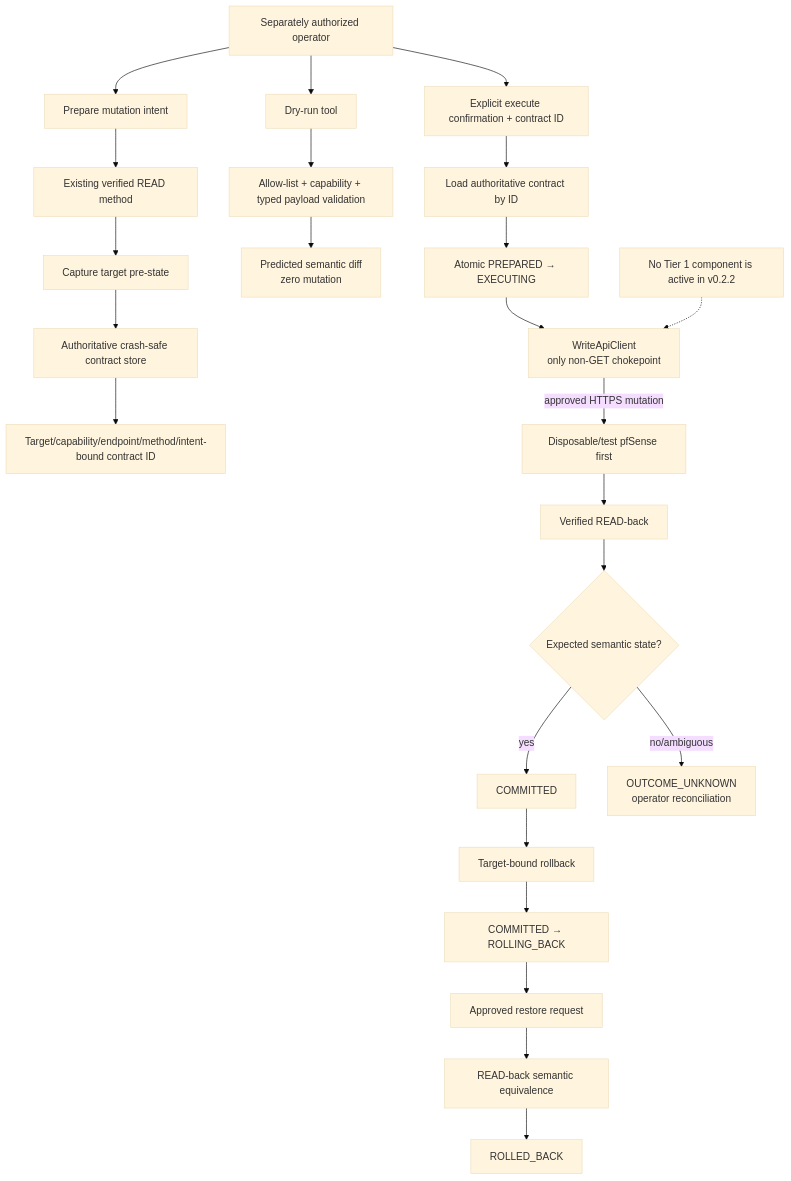
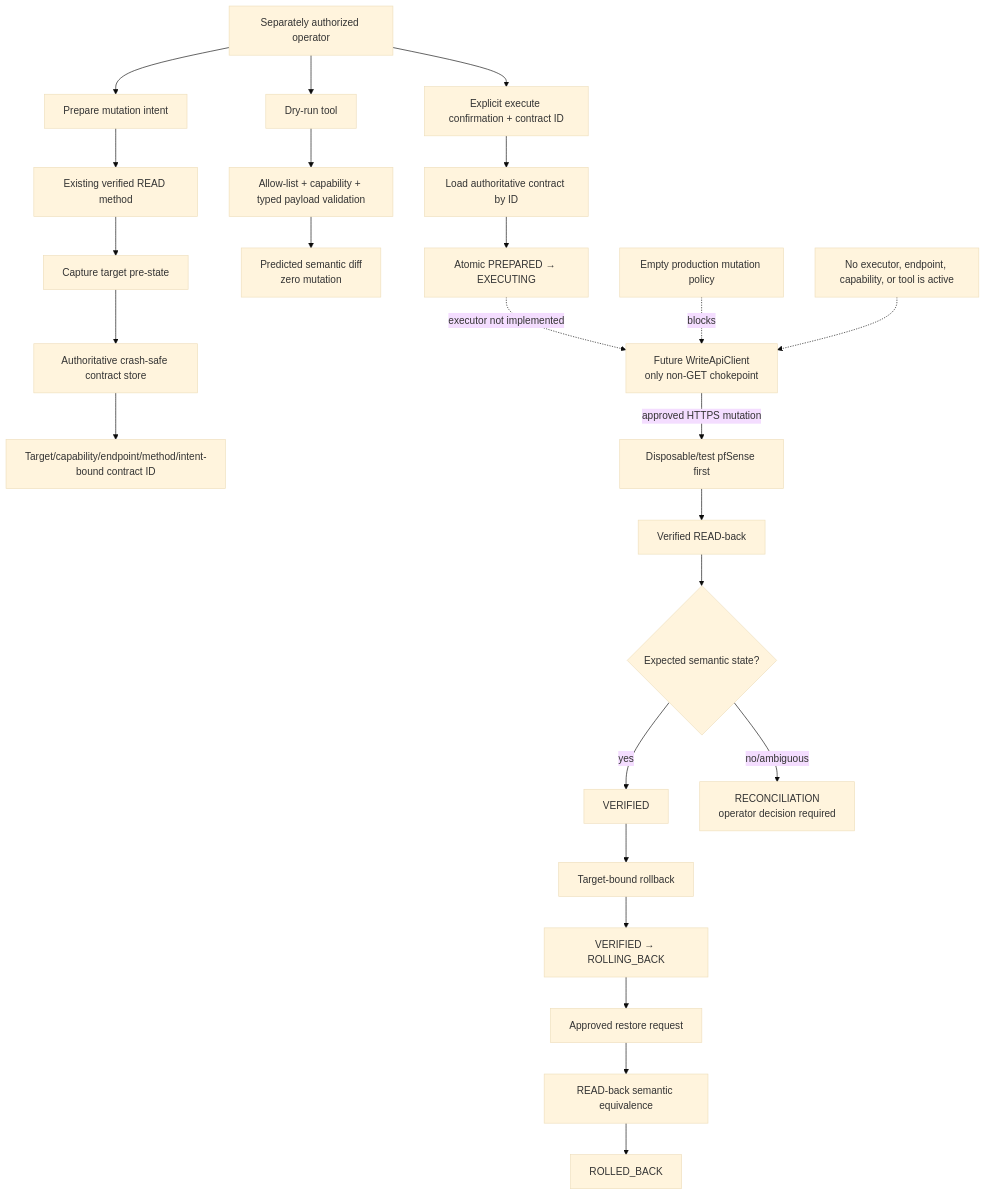
One commit to night4me/pfsense-mcp-server changed the eighth of 8 diagrams in docs/ARCHITECTURE_DIAGRAMS.md. Above: the diagram before and after it, drawn with Mermaid (base theme). The commit also changed other lines of this file and 13 other files, not shown here.

Commit message:
docs(tier1): establish v0.3.0 safety architecture

````diff
--- a/docs/ARCHITECTURE_DIAGRAMS.md
+++ b/docs/ARCHITECTURE_DIAGRAMS.md
@@ -169,30 +170,31 @@
 ```mermaid
 flowchart TD
     Caller[Separately authorized operator] --> Prepare[Prepare mutation intent]
     Prepare --> Read[Existing verified READ method]
     Read --> Snapshot[Capture target pre-state]
     Snapshot --> Store[Authoritative crash-safe contract store]
     Store --> Contract[Target/capability/endpoint/method/intent-bound contract ID]
 
     Caller --> DryRun[Dry-run tool]
     DryRun --> Validate[Allow-list + capability + typed payload validation]
     Validate --> Diff[Predicted semantic diff\nzero mutation]
 
     Caller --> Confirm[Explicit execute confirmation + contract ID]
     Confirm --> Load[Load authoritative contract by ID]
     Load --> CAS[Atomic PREPARED → EXECUTING]
-    CAS --> Write[WriteApiClient\nonly non-GET chokepoint]
+    CAS -. executor not implemented .-> Write[Future WriteApiClient\nonly non-GET chokepoint]
     Write -->|approved HTTPS mutation| PfSense[Disposable/test pfSense first]
     PfSense --> ReadBack[Verified READ-back]
     ReadBack --> Commit{Expected semantic state?}
-    Commit -->|yes| Committed[COMMITTED]
-    Commit -->|no/ambiguous| Unknown[OUTCOME_UNKNOWN\noperator reconciliation]
+    Commit -->|yes| Verified[VERIFIED]
+    Commit -->|no/ambiguous| Unknown[RECONCILIATION\noperator decision required]
 
-    Committed --> Rollback[Target-bound rollback]
-    Rollback --> RollCAS[COMMITTED → ROLLING_BACK]
+    Verified --> Rollback[Target-bound rollback]
+    Rollback --> RollCAS[VERIFIED → ROLLING_BACK]
     RollCAS --> Restore[Approved restore request]
     Restore --> VerifyRestore[READ-back semantic equivalence]
     VerifyRestore --> RolledBack[ROLLED_BACK]
 
-    Warning[No Tier 1 component is active in v0.2.2] -.-> Write
+    Policy[Empty production mutation policy] -. blocks .-> Write
+    Warning[No executor, endpoint, capability, or tool is active] -.-> Write
 ```
````
